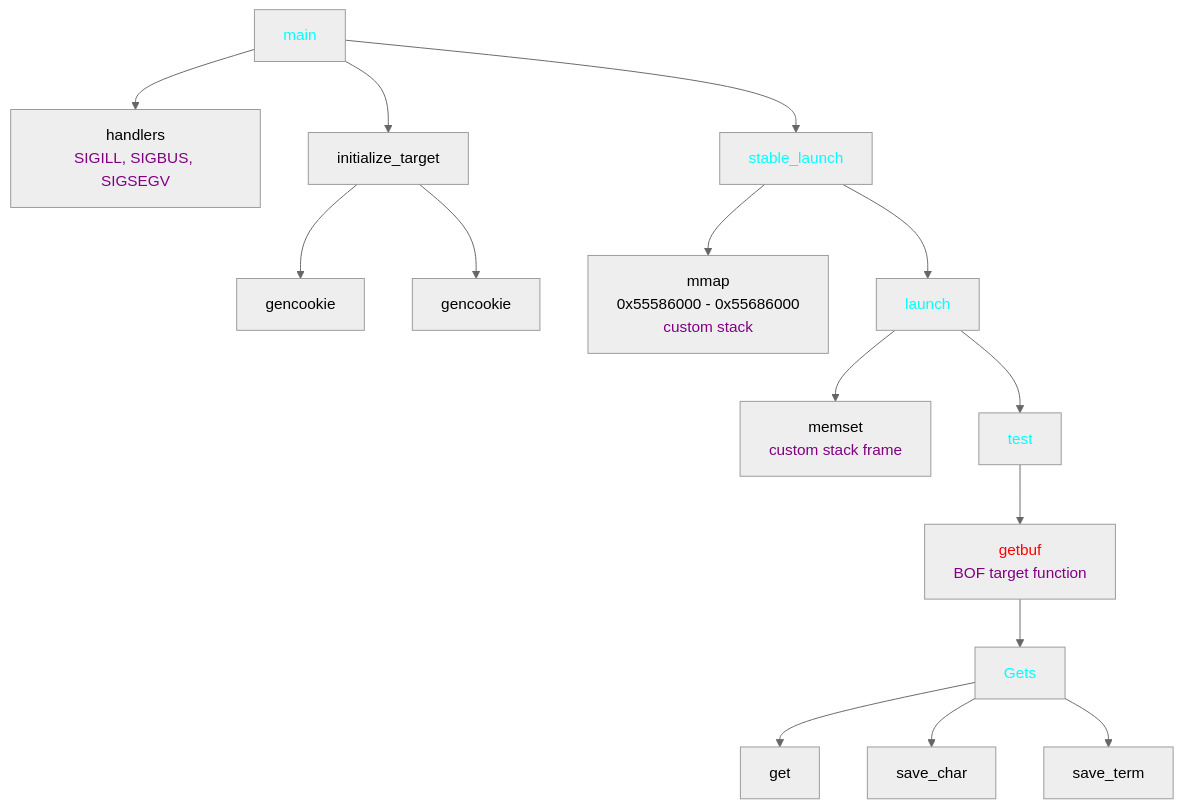
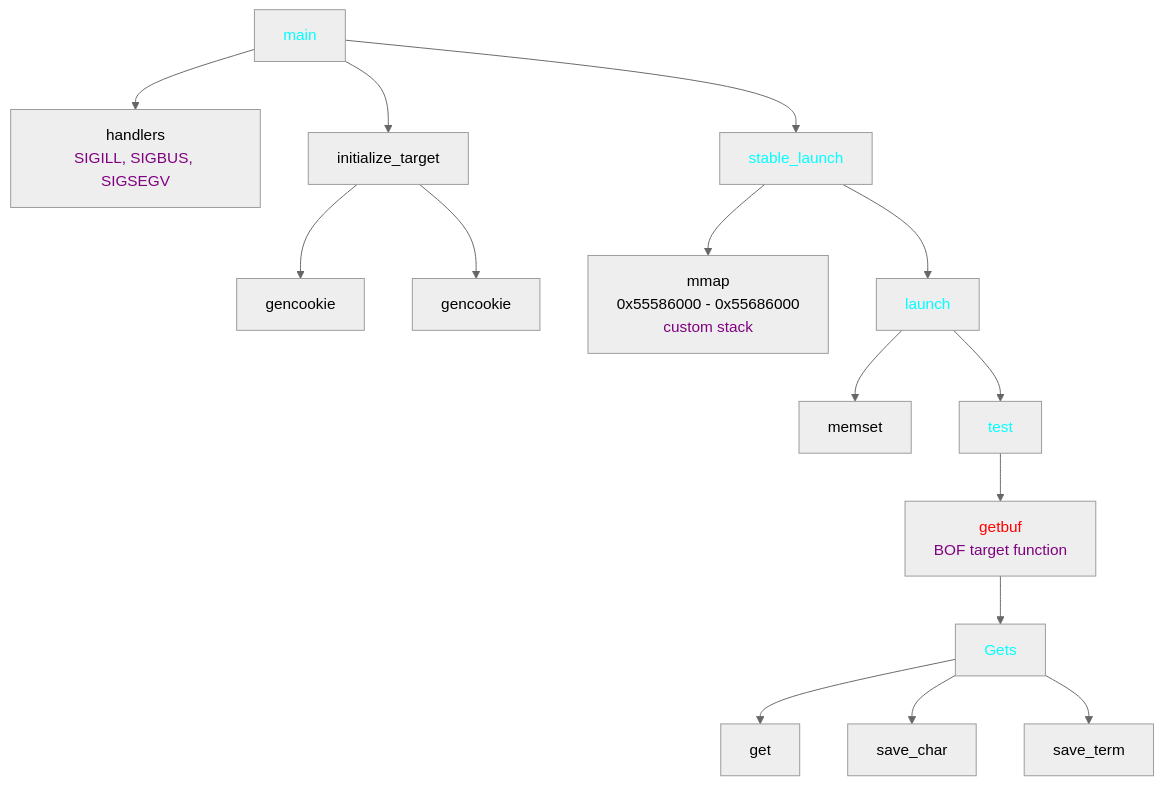
One commit to hanmyeonglee/cs211 changed the first of 4 diagrams in Attack Lab/20240614.md. Above: the diagram before and after it, drawn with Mermaid (neutral theme). The commit also changed other lines of this file, not shown here.

````diff
--- a/Attack Lab/20240614.md
+++ b/Attack Lab/20240614.md
@@ -24,22 +24,22 @@
 ```mermaid
 graph TD
     A[main] --> B[handlers<br/><font color=purple>SIGILL, SIGBUS, SIGSEGV</font>]
     A --> C[initialize_target]
     C --> D[gencookie]
     C --> E[gencookie]
     A --> F[stable_launch]
     F --> G[mmap<br/>0x55586000 - 0x55686000<br/><font color=purple>custom stack</font>]
     F --> H[launch]
-    H --> I[memset<br/><font color=purple>custom stack frame</font>]
+    H --> I[memset]
     H --> J[test]
     J --> K[getbuf<br/><font color=purple>BOF target function</font>]
     K --> L[Gets]
     L --> M[get]
     L --> N[save_char]
     L --> O[save_term]
 
     classDef cyan color:cyan;
 
     class A,F,H,J,L cyan;
     style K color:red;
 ```
````
